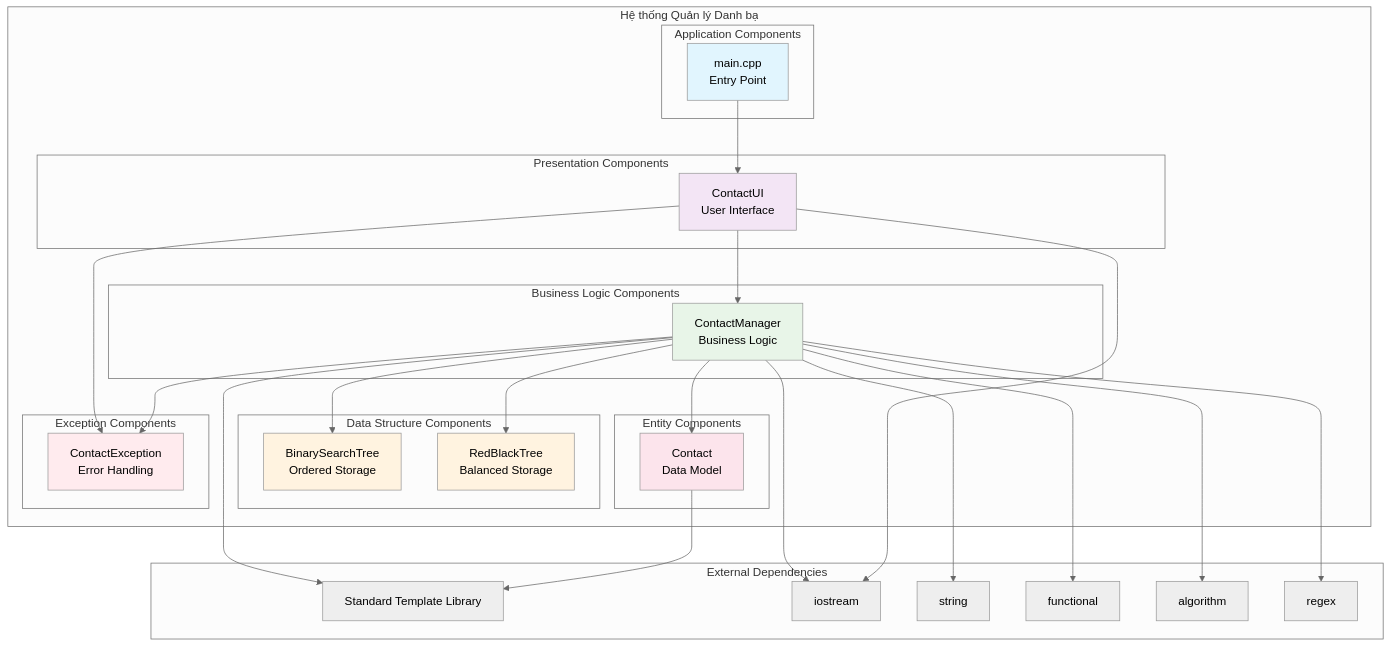
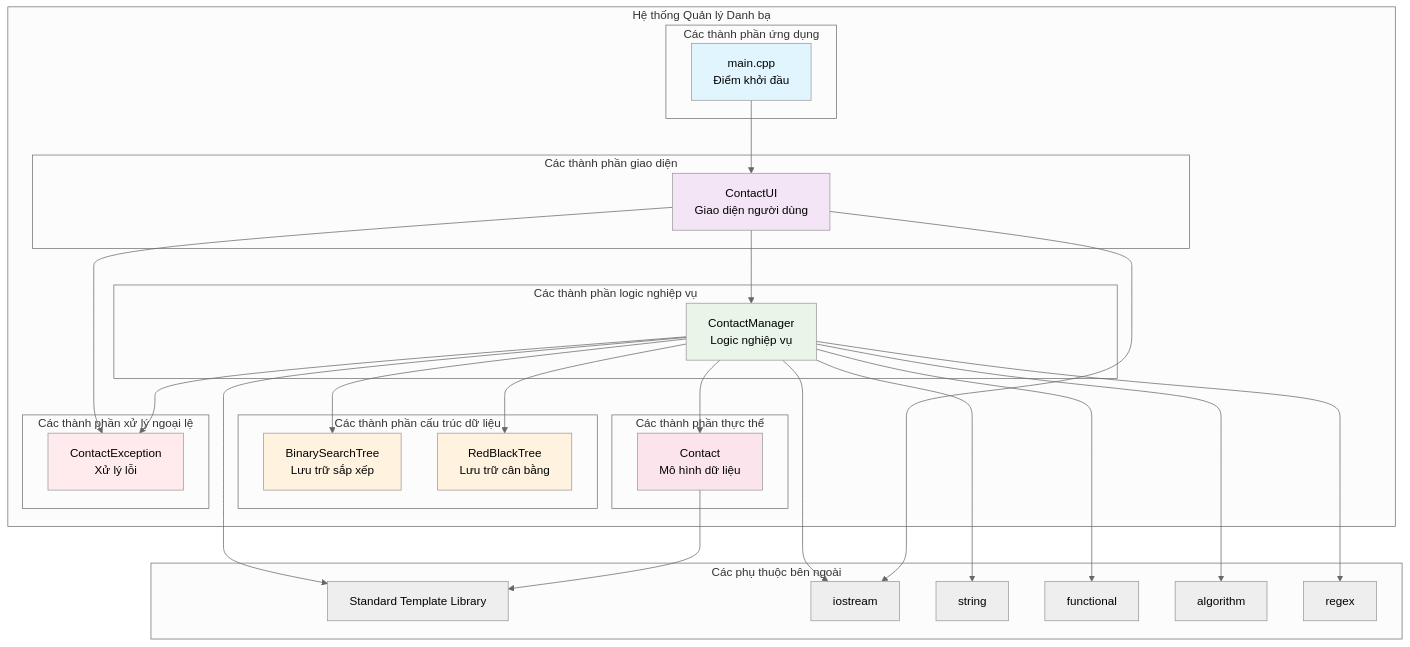
The tenth of 15 diagrams in docs/UML_Documentation_Improved.md (TaiLoiZzzz/DSA_PROJECT), drawn with Mermaid (neutral theme) before and after one commit. The commit also changed other lines of this file and 1 other file, not shown here.

````diff
--- a/docs/UML_Documentation_Improved.md
+++ b/docs/UML_Documentation_Improved.md
@@ -466,63 +466,63 @@
 ```mermaid
 graph TB
     subgraph "Hệ thống Quản lý Danh bạ"
-        subgraph "Application Components"
-            MAIN[main.cpp<br/>Entry Point]
+        subgraph "Các thành phần ứng dụng"
+            MAIN[main.cpp<br/>Điểm khởi đầu]
         end
         
-        subgraph "Presentation Components"
-            UI[ContactUI<br/>User Interface]
+        subgraph "Các thành phần giao diện"
+            UI[ContactUI<br/>Giao diện người dùng]
         end
         
-        subgraph "Business Logic Components"
-            CM[ContactManager<br/>Business Logic]
+        subgraph "Các thành phần logic nghiệp vụ"
+            CM[ContactManager<br/>Logic nghiệp vụ]
         end
         
-        subgraph "Data Structure Components"
-            BST[BinarySearchTree<br/>Ordered Storage]
-            RBT[RedBlackTree<br/>Balanced Storage]
+        subgraph "Các thành phần cấu trúc dữ liệu"
+            BST[BinarySearchTree<br/>Lưu trữ sắp xếp]
+            RBT[RedBlackTree<br/>Lưu trữ cân bằng]
         end
         
-        subgraph "Entity Components"
-            C[Contact<br/>Data Model]
+        subgraph "Các thành phần thực thể"
+            C[Contact<br/>Mô hình dữ liệu]
         end
         
-        subgraph "Exception Components"
-            EX[ContactException<br/>Error Handling]
+        subgraph "Các thành phần xử lý ngoại lệ"
+            EX[ContactException<br/>Xử lý lỗi]
         end
     end
     
-    subgraph "External Dependencies"
+    subgraph "Các phụ thuộc bên ngoài"
         STL[Standard Template Library]
         IO[iostream]
         STRING[string]
         FUNCTIONAL[functional]
         ALGORITHM[algorithm]
         REGEX[regex]
     end
     
     MAIN --> UI
     UI --> CM
     CM --> BST
     CM --> RBT
     CM --> C
     CM --> EX
     UI --> EX
     
     C --> STL
     CM --> STL
     UI --> IO
     CM --> IO
     CM --> STRING
     CM --> FUNCTIONAL
     CM --> ALGORITHM
     CM --> REGEX
     
     style MAIN fill:#e1f5fe
     style UI fill:#f3e5f5
     style CM fill:#e8f5e8
     style BST fill:#fff3e0
     style RBT fill:#fff3e0
     style C fill:#fce4ec
     style EX fill:#ffebee
 ```
````
